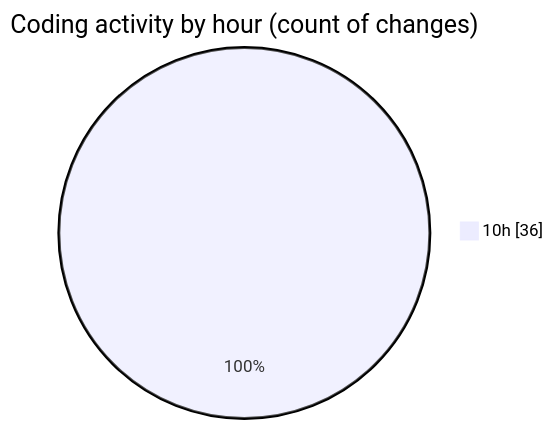
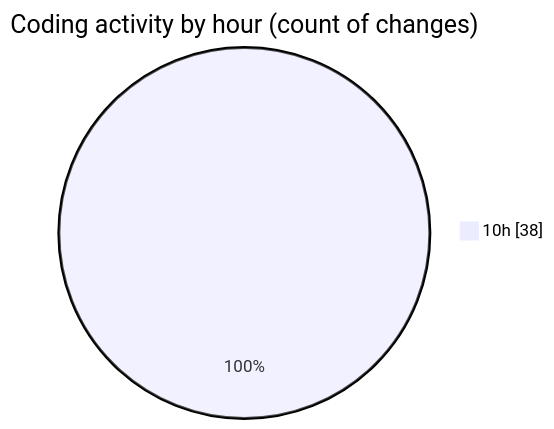
One commit to nxtqubesakshisongat/code-tracking changed the second of 2 diagrams in 2026-03-10/nxtqube_webapp/README.md. Above: the diagram before and after it, drawn with Mermaid. The commit also changed other lines of this file and 1 other file, not shown here.

````diff
--- a/2026-03-10/nxtqube_webapp/README.md
+++ b/2026-03-10/nxtqube_webapp/README.md
@@ -28,5 +29,5 @@
 ```mermaid
 pie showData
 title Coding activity by hour (count of changes)
-"10h" : 36
+"10h" : 38
 ```
````
